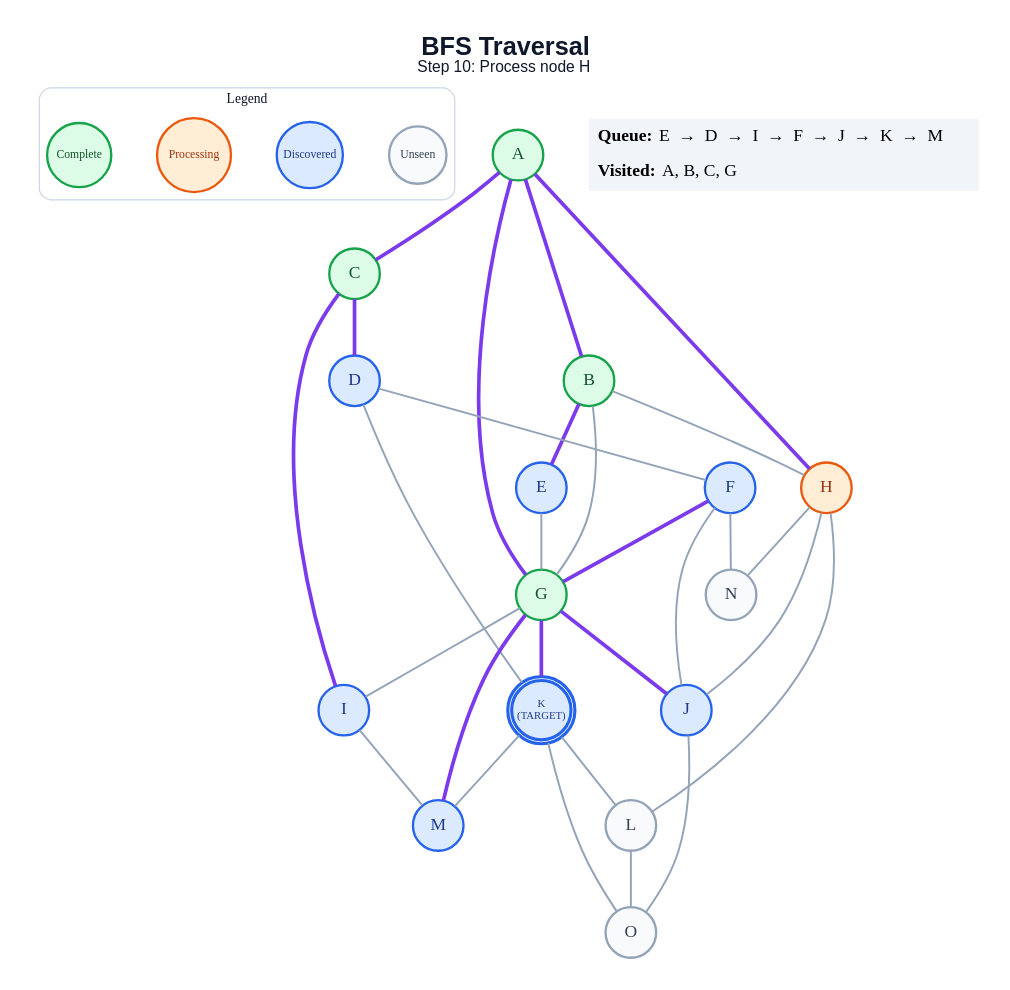
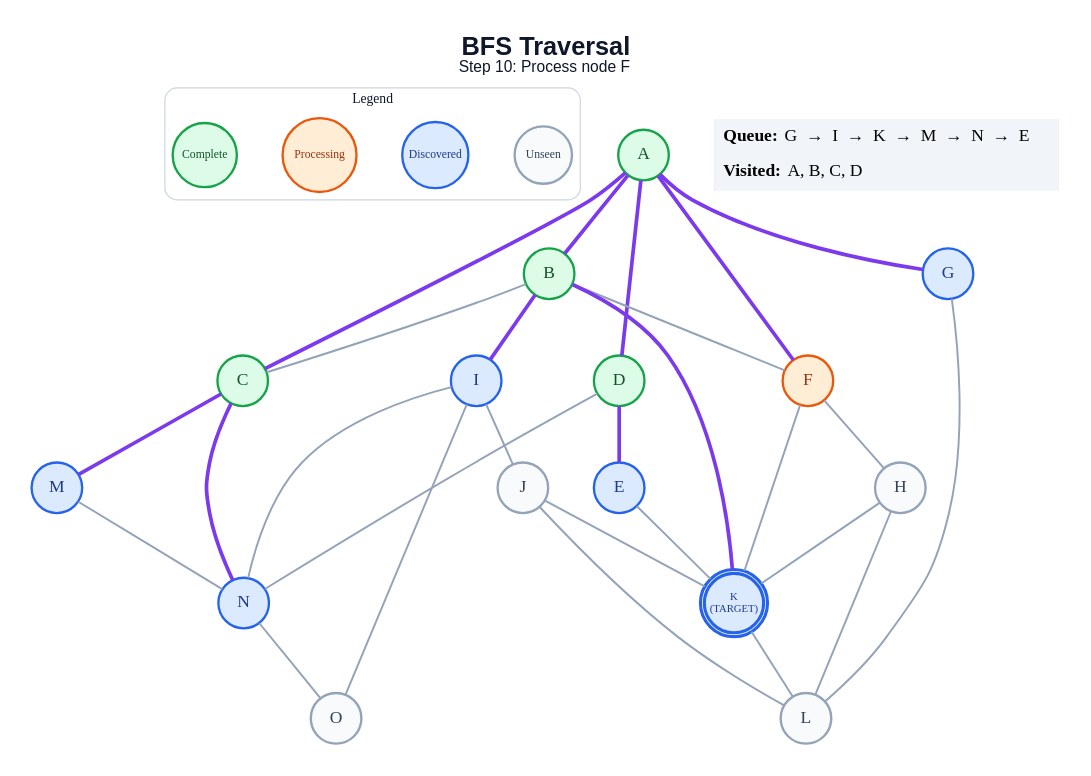
Before and after one commit to anon7238593-create/ai-slop: the diagram in generated/bfs/step_10.dot, drawn with Graphviz. The commit also changed 253 other files, not shown here.

```diff
--- a/generated/bfs/step_10.dot
+++ b/generated/bfs/step_10.dot
@@ -1,62 +1,61 @@
 graph traversal {
   graph [layout=dot, rankdir=TB, bgcolor="#FFFFFF", pad="0.35", nodesep="0.65", ranksep="0.8", fontname="Arial"];
   node [shape=circle, style="filled", fontname="Arial Bold", fontsize=18, width=0.72, fixedsize=true, penwidth=2.4];
   edge [color="#94A3B8", penwidth=2.0];
-  label=<<B>BFS Traversal</B><BR/><FONT POINT-SIZE="16">Step 10: Process node H</FONT>>; labelloc="t"; fontsize=26; fontname="Arial"; fontcolor="#0F172A";
+  label=<<B>BFS Traversal</B><BR/><FONT POINT-SIZE="16">Step 10: Process node F</FONT>>; labelloc="t"; fontsize=26; fontname="Arial"; fontcolor="#0F172A";
   subgraph cluster_legend { label="Legend"; color="#CBD5E1"; penwidth=1.2; style="rounded"; fontsize=14; fontname="Arial Bold";
     key_unseen [label="Unseen", fillcolor="#F8FAFC", color="#94A3B8", fontcolor="#334155", fontsize=12, width=0.82];
     key_frontier [label="Discovered", fillcolor="#DBEAFE", color="#2563EB", fontcolor="#1E3A8A", fontsize=12, width=0.95];
     key_current [label="Processing", fillcolor="#FFEDD5", color="#EA580C", fontcolor="#9A3412", fontsize=12, width=1.05];
     key_done [label="Complete", fillcolor="#DCFCE7", color="#16A34A", fontcolor="#14532D", fontsize=12, width=0.92];
     { rank=same; key_unseen; key_frontier; key_current; key_done; }
   }
   A [label="A", fillcolor="#DCFCE7", color="#16A34A", fontcolor="#14532D", peripheries=1, penwidth=2.4];
   B [label="B", fillcolor="#DCFCE7", color="#16A34A", fontcolor="#14532D", peripheries=1, penwidth=2.4];
   C [label="C", fillcolor="#DCFCE7", color="#16A34A", fontcolor="#14532D", peripheries=1, penwidth=2.4];
-  D [label="D", fillcolor="#DBEAFE", color="#2563EB", fontcolor="#1E3A8A", peripheries=1, penwidth=2.4];
+  D [label="D", fillcolor="#DCFCE7", color="#16A34A", fontcolor="#14532D", peripheries=1, penwidth=2.4];
   E [label="E", fillcolor="#DBEAFE", color="#2563EB", fontcolor="#1E3A8A", peripheries=1, penwidth=2.4];
-  F [label="F", fillcolor="#DBEAFE", color="#2563EB", fontcolor="#1E3A8A", peripheries=1, penwidth=2.4];
-  G [label="G", fillcolor="#DCFCE7", color="#16A34A", fontcolor="#14532D", peripheries=1, penwidth=2.4];
-  H [label="H", fillcolor="#FFEDD5", color="#EA580C", fontcolor="#9A3412", peripheries=1, penwidth=2.4];
+  F [label="F", fillcolor="#FFEDD5", color="#EA580C", fontcolor="#9A3412", peripheries=1, penwidth=2.4];
+  G [label="G", fillcolor="#DBEAFE", color="#2563EB", fontcolor="#1E3A8A", peripheries=1, penwidth=2.4];
+  H [label="H", fillcolor="#F8FAFC", color="#94A3B8", fontcolor="#334155", peripheries=1, penwidth=2.4];
   I [label="I", fillcolor="#DBEAFE", color="#2563EB", fontcolor="#1E3A8A", peripheries=1, penwidth=2.4];
-  J [label="J", fillcolor="#DBEAFE", color="#2563EB", fontcolor="#1E3A8A", peripheries=1, penwidth=2.4];
+  J [label="J", fillcolor="#F8FAFC", color="#94A3B8", fontcolor="#334155", peripheries=1, penwidth=2.4];
   K [label="K\n(TARGET)", fillcolor="#DBEAFE", color="#2563EB", fontcolor="#1E3A8A", peripheries=2, penwidth=3.2, fontsize=11, width=0.85, height=0.85];
   L [label="L", fillcolor="#F8FAFC", color="#94A3B8", fontcolor="#334155", peripheries=1, penwidth=2.4];
   M [label="M", fillcolor="#DBEAFE", color="#2563EB", fontcolor="#1E3A8A", peripheries=1, penwidth=2.4];
-  N [label="N", fillcolor="#F8FAFC", color="#94A3B8", fontcolor="#334155", peripheries=1, penwidth=2.4];
+  N [label="N", fillcolor="#DBEAFE", color="#2563EB", fontcolor="#1E3A8A", peripheries=1, penwidth=2.4];
   O [label="O", fillcolor="#F8FAFC", color="#94A3B8", fontcolor="#334155", peripheries=1, penwidth=2.4];
   A -- B [color="#7C3AED", penwidth=3.8];
   A -- C [color="#7C3AED", penwidth=3.8];
+  A -- D [color="#7C3AED", penwidth=3.8];
+  A -- F [color="#7C3AED", penwidth=3.8];
   A -- G [color="#7C3AED", penwidth=3.8];
-  A -- H [color="#7C3AED", penwidth=3.8];
-  B -- E [color="#7C3AED", penwidth=3.8];
-  B -- G;
-  B -- H;
-  C -- D [color="#7C3AED", penwidth=3.8];
-  C -- I [color="#7C3AED", penwidth=3.8];
-  D -- F;
-  D -- K;
-  E -- G;
-  F -- G [color="#7C3AED", penwidth=3.8];
-  F -- J;
-  F -- N;
-  G -- I;
-  G -- J [color="#7C3AED", penwidth=3.8];
-  G -- K [color="#7C3AED", penwidth=3.8];
-  G -- M [color="#7C3AED", penwidth=3.8];
-  H -- J;
+  B -- C;
+  B -- F;
+  B -- I [color="#7C3AED", penwidth=3.8];
+  B -- K [color="#7C3AED", penwidth=3.8];
+  C -- M [color="#7C3AED", penwidth=3.8];
+  C -- N [color="#7C3AED", penwidth=3.8];
+  D -- E [color="#7C3AED", penwidth=3.8];
+  D -- N;
+  E -- K;
+  F -- H;
+  F -- K;
+  G -- L;
+  H -- K;
   H -- L;
-  H -- N;
-  I -- M;
-  J -- O;
+  I -- J;
+  I -- N;
+  I -- O;
+  J -- K;
+  J -- L;
   K -- L;
-  K -- M;
-  K -- O;
-  L -- O;
+  M -- N;
+  N -- O;
   status [shape=plain, fixedsize=false, width=0, height=0, margin=0, label=<
     <TABLE BORDER="0" CELLBORDER="0" CELLPADDING="7" BGCOLOR="#F1F5F9">
-      <TR><TD ALIGN="LEFT"><B>Queue:</B> E  →  D  →  I  →  F  →  J  →  K  →  M</TD></TR>
-      <TR><TD ALIGN="LEFT"><B>Visited:</B> A, B, C, G</TD></TR>
+      <TR><TD ALIGN="LEFT"><B>Queue:</B> G  →  I  →  K  →  M  →  N  →  E</TD></TR>
+      <TR><TD ALIGN="LEFT"><B>Visited:</B> A, B, C, D</TD></TR>
     </TABLE>
   >];
 }
```
